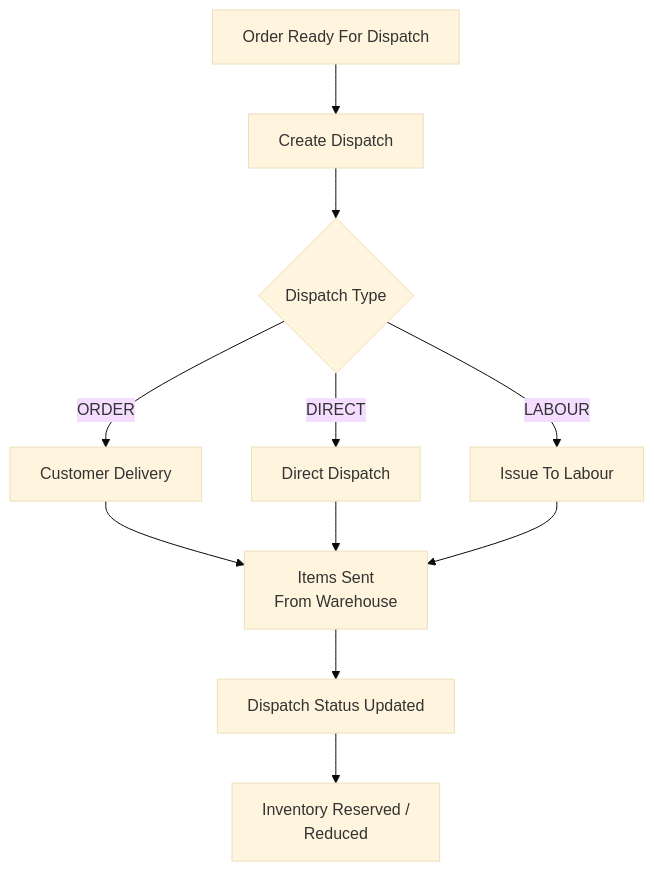
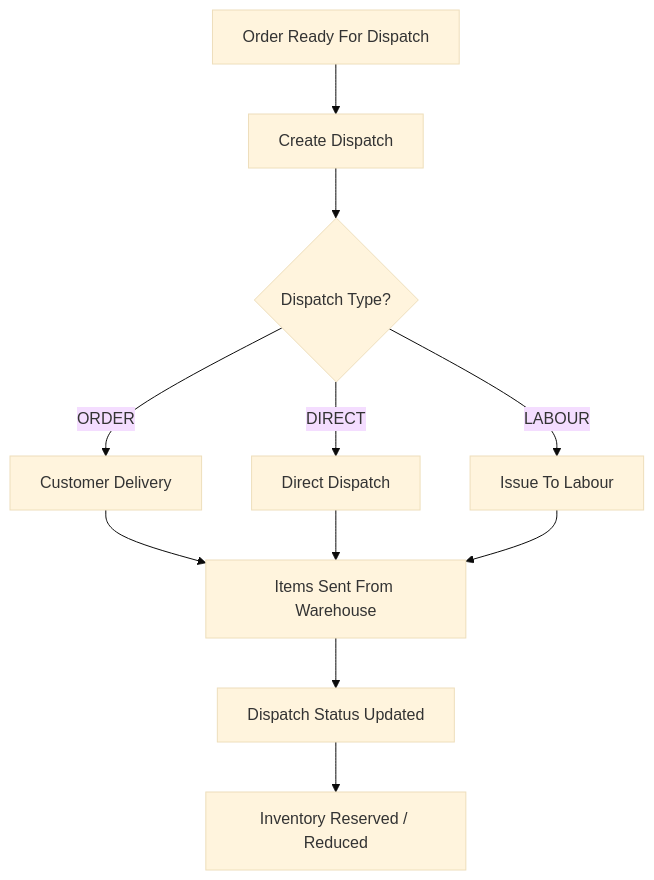
One commit to NupunSawant/Dashboard changed the fifth of 18 diagrams in README.md. Above: the diagram before and after it, drawn with Mermaid (base theme). The commit also changed other lines of this file, not shown here.

````diff
--- a/README.md
+++ b/README.md
@@ -220,16 +239,16 @@
 ```mermaid
 flowchart TD
     A[Order Ready For Dispatch] --> B[Create Dispatch]
-    B --> C{Dispatch Type}
+    B --> C{Dispatch Type?}
 
     C -->|ORDER| D[Customer Delivery]
     C -->|DIRECT| E[Direct Dispatch]
     C -->|LABOUR| F[Issue To Labour]
 
-    D --> G[Items Sent\nFrom Warehouse]
+    D --> G[Items Sent From Warehouse]
     E --> G
     F --> G
 
     G --> H[Dispatch Status Updated]
-    H --> I[Inventory Reserved /\nReduced]
+    H --> I[Inventory Reserved / Reduced]
 ```
````
